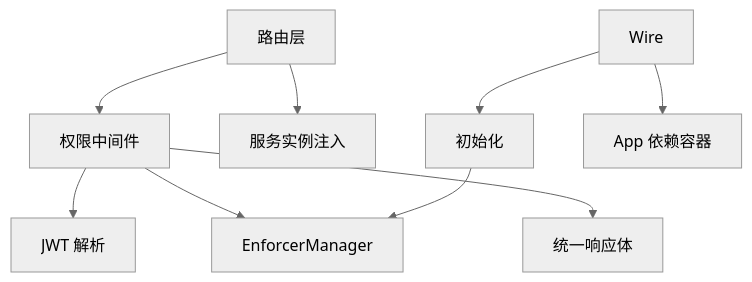
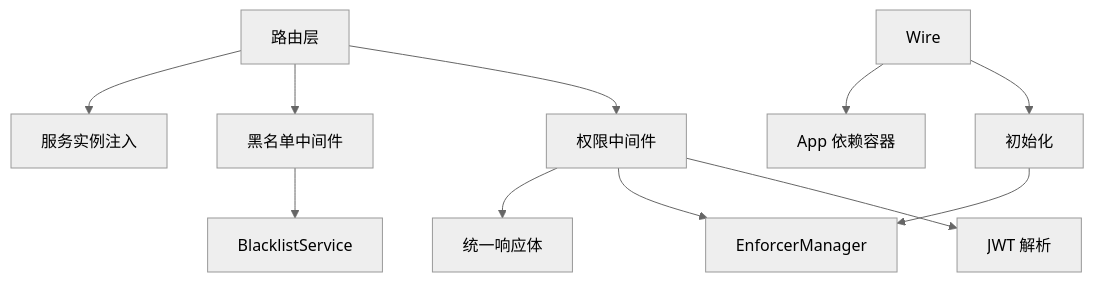
One commit to wuwuseo/e-sports-go-admin changed the seventh of 7 diagrams in .qoder/repowiki/zh/content/扩展开发/中间件扩展.md. Above: the diagram before and after it, drawn with Mermaid (neutral theme). The commit also changed other lines of this file and 42 other files, not shown here.

````diff
--- a/.qoder/repowiki/zh/content/扩展开发/中间件扩展.md
+++ b/.qoder/repowiki/zh/content/扩展开发/中间件扩展.md
@@ -262,11 +345,13 @@
 ```mermaid
 graph TB
 PMW["权限中间件"] --> JWT["JWT 解析"]
 PMW --> EM["EnforcerManager"]
 PMW --> RESP["统一响应体"]
+BM["黑名单中间件"] --> BL_SVC["BlacklistService"]
 RT["路由层"] --> PMW
+RT --> BM
 RT --> SRV["服务实例注入"]
 INIT["初始化"] --> EM
 WIRE["Wire"] --> INIT
 WIRE --> APP["App 依赖容器"]
 ```
````
